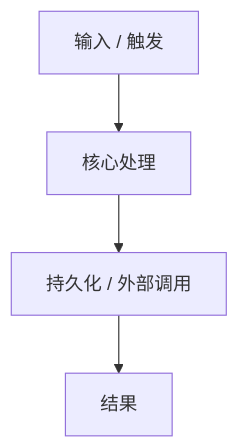
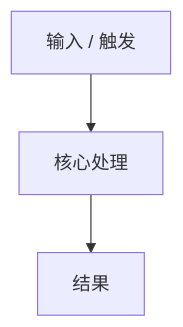
Before and after one commit to kedamitch/open-spec-mesh: the diagram in sdd-change/references/sdd-task-contract-template.md, drawn with Mermaid. The commit also changed other lines of this file and 4 other files, not shown here.

````diff
--- a/sdd-change/references/sdd-task-contract-template.md
+++ b/sdd-change/references/sdd-task-contract-template.md
@@ -38,6 +38,5 @@
 ```mermaid
 flowchart TD
     A[输入 / 触发] --> B[核心处理]
-    B --> C[持久化 / 外部调用]
-    C --> D[结果]
+    B --> C[结果]
 ```
````
